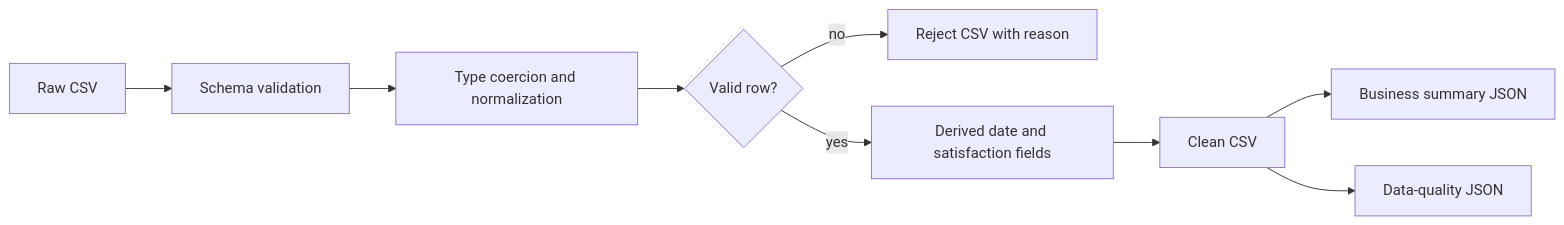
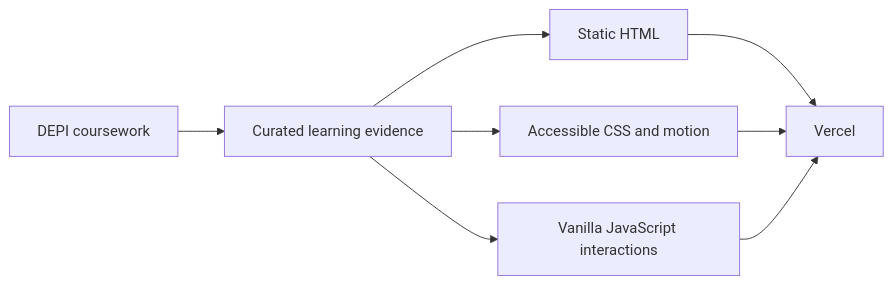
One commit to HassanG04/DEPI_TASKS changed the diagram in README.md. Above: the diagram before and after it, drawn with Mermaid. The commit also changed other lines of this file and 15 other files, not shown here.

Commit message:
Publish DEPI learning journey website

````diff
--- a/README.md
+++ b/README.md
@@ -11,11 +30,10 @@
 ```mermaid
 flowchart LR
-    A[Raw CSV] --> B[Schema validation]
-    B --> C[Type coercion and normalization]
-    C --> D{Valid row?}
-    D -- no --> E[Reject CSV with reason]
-    D -- yes --> F[Derived date and satisfaction fields]
-    F --> G[Clean CSV]
-    G --> H[Business summary JSON]
-    G --> I[Data-quality JSON]
+    A[DEPI coursework] --> B[Curated learning evidence]
+    B --> C[Static HTML]
+    B --> D[Accessible CSS and motion]
+    B --> E[Vanilla JavaScript interactions]
+    C --> F[Vercel]
+    D --> F
+    E --> F
 ```
````
